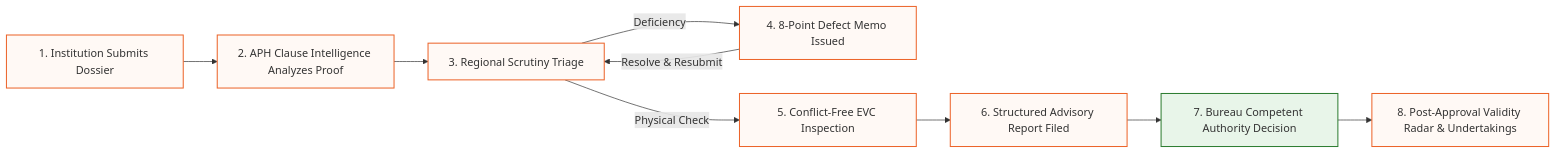
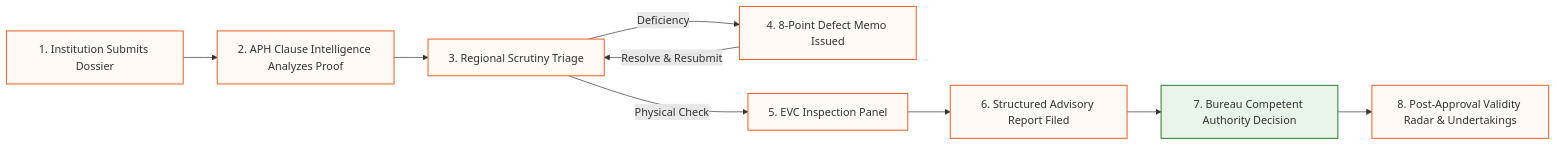
One commit to LavanyaRev/SAMAY changed the first of 4 diagrams in README.md. Above: the diagram before and after it, drawn with Mermaid. The commit also changed other lines of this file, not shown here.

Commit message:
docs(readme): refine security mechanisms, APH routes table, RAG architecture, and 11-step demo guide

````diff
--- a/README.md
+++ b/README.md
@@ -128,16 +128,16 @@
 ```mermaid
 flowchart LR
     A["1. Institution Submits Dossier"] --> B["2. APH Clause Intelligence Analyzes Proof"]
     B --> C["3. Regional Scrutiny Triage"]
     C -->|"Deficiency"| D["4. 8-Point Defect Memo Issued"]
     D -->|"Resolve & Resubmit"| C
-    C -->|"Physical Check"| E["5. Conflict-Free EVC Inspection"]
+    C -->|"Physical Check"| E["5. EVC Inspection Panel"]
     E --> F["6. Structured Advisory Report Filed"]
     F --> G["7. Bureau Competent Authority Decision"]
     G --> H["8. Post-Approval Validity Radar & Undertakings"]
 
     classDef proc fill:#FFF9F5,stroke:#EC642A,stroke-width:1.5px;
     classDef dec fill:#E8F5E9,stroke:#2E7D32,stroke-width:1.5px;
     class A,B,C,D,E,F,H proc;
     class G dec;
 ```
````
